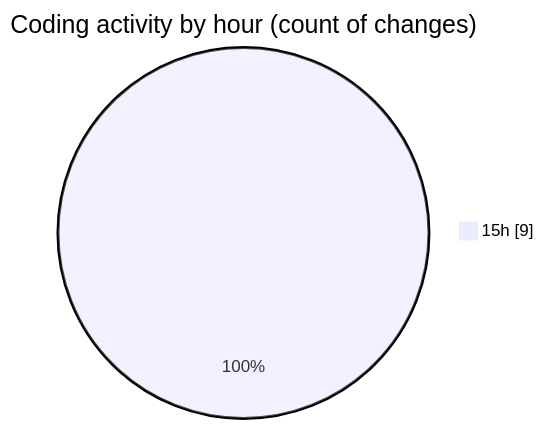
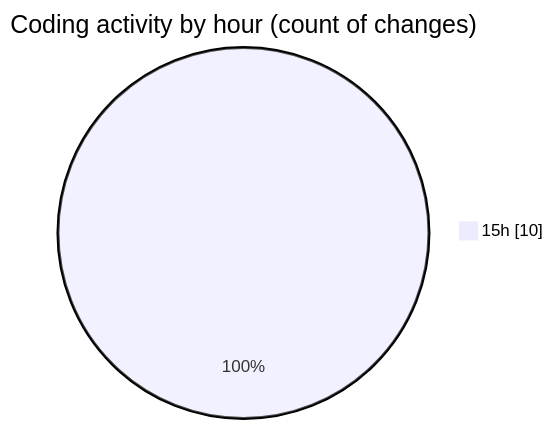
The second of 2 diagrams in 2025-11-23/cdp_aleoudev_fr__workspace_/README.md (julien-gomy/code-tracking), drawn with Mermaid before and after one commit. The commit also changed other lines of this file and 1 other file, not shown here.

````diff
--- a/2025-11-23/cdp_aleoudev_fr__workspace_/README.md
+++ b/2025-11-23/cdp_aleoudev_fr__workspace_/README.md
@@ -30,5 +30,5 @@
 ```mermaid
 pie showData
 title Coding activity by hour (count of changes)
-"15h" : 9
+"15h" : 10
 ```
````
